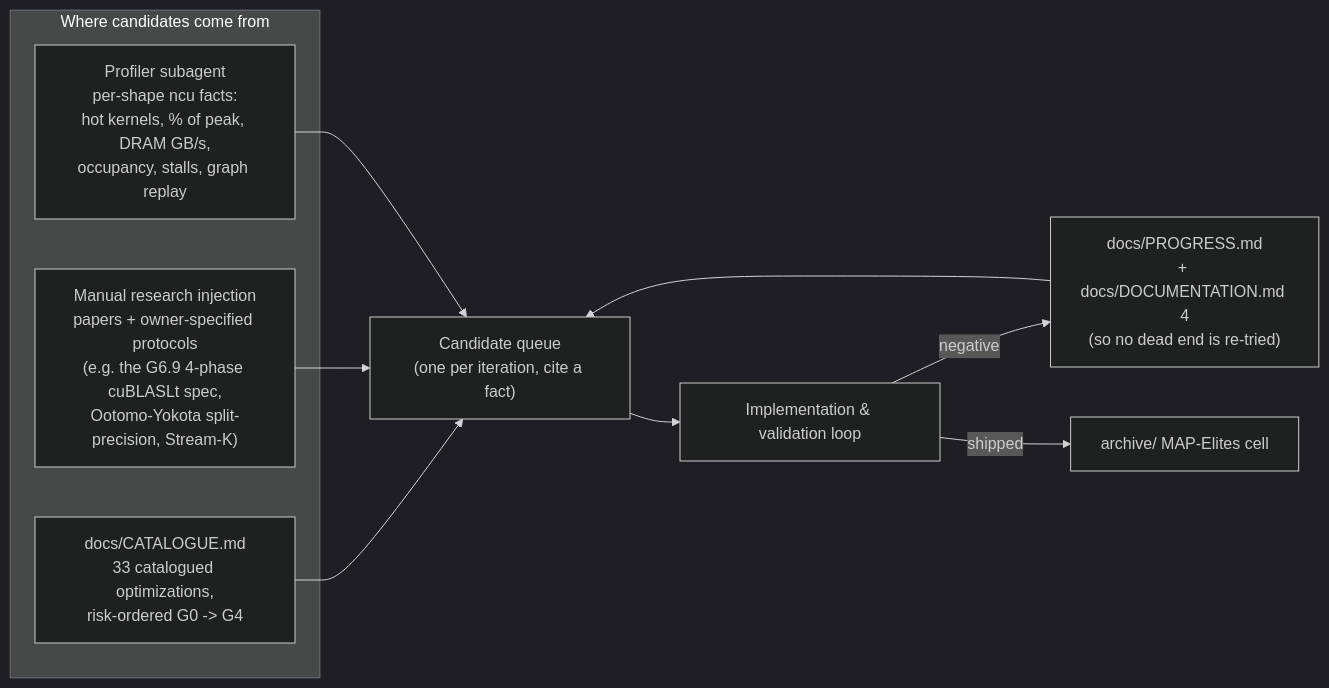
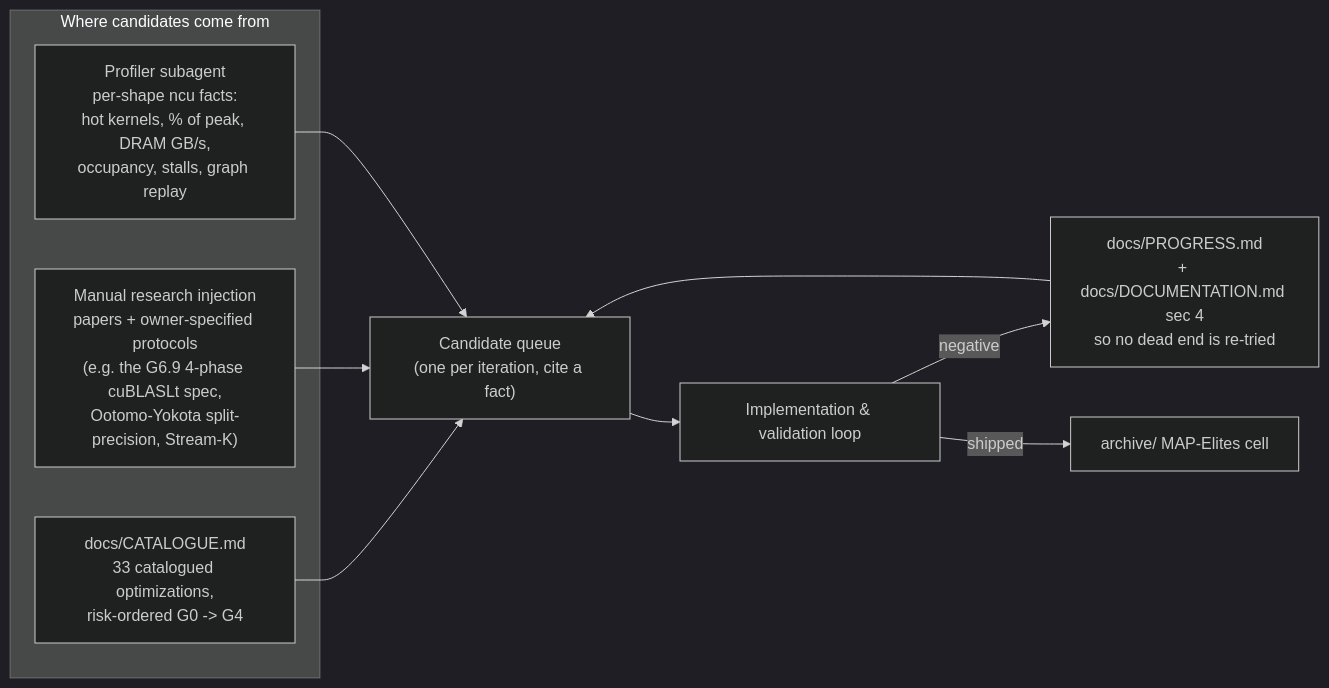
One commit to yeoshuyi/Flipfloppers-GPU-Kernel-Optimizer changed the second of 3 diagrams in README.md. Above: the diagram before and after it, drawn with Mermaid (dark theme). The commit also changed other lines of this file, not shown here.

Commit message:
readme: sanitize Mermaid node labels (GitHub renderer robustness)

````diff
--- a/README.md
+++ b/README.md
@@ -291,15 +291,15 @@
 ```mermaid
 flowchart LR
-    subgraph inputs [Where candidates come from]
+    subgraph inputs ["Where candidates come from"]
       CAT["docs/CATALOGUE.md<br/>33 catalogued optimizations,<br/>risk-ordered G0 -> G4"]
       MAN["Manual research injection<br/>papers + owner-specified protocols<br/>(e.g. the G6.9 4-phase cuBLASLt spec,<br/>Ootomo-Yokota split-precision, Stream-K)"]
       PROF["Profiler subagent<br/>per-shape ncu facts:<br/>hot kernels, % of peak, DRAM GB/s,<br/>occupancy, stalls, graph replay"]
     end
     CAT --> Q["Candidate queue<br/>(one per iteration, cite a fact)"]
     MAN --> Q
     PROF --> Q
     Q --> LOOP["Implementation & validation loop"]
-    LOOP -->|negative| REC["docs/PROGRESS.md<br/>+ docs/DOCUMENTATION.md 4<br/>(so no dead end is re-tried)"]
+    LOOP -->|negative| REC["docs/PROGRESS.md<br/>+ docs/DOCUMENTATION.md sec 4<br/>so no dead end is re-tried"]
     LOOP -->|shipped| ELITE["archive/ MAP-Elites cell"]
     REC --> Q
 ```
````
